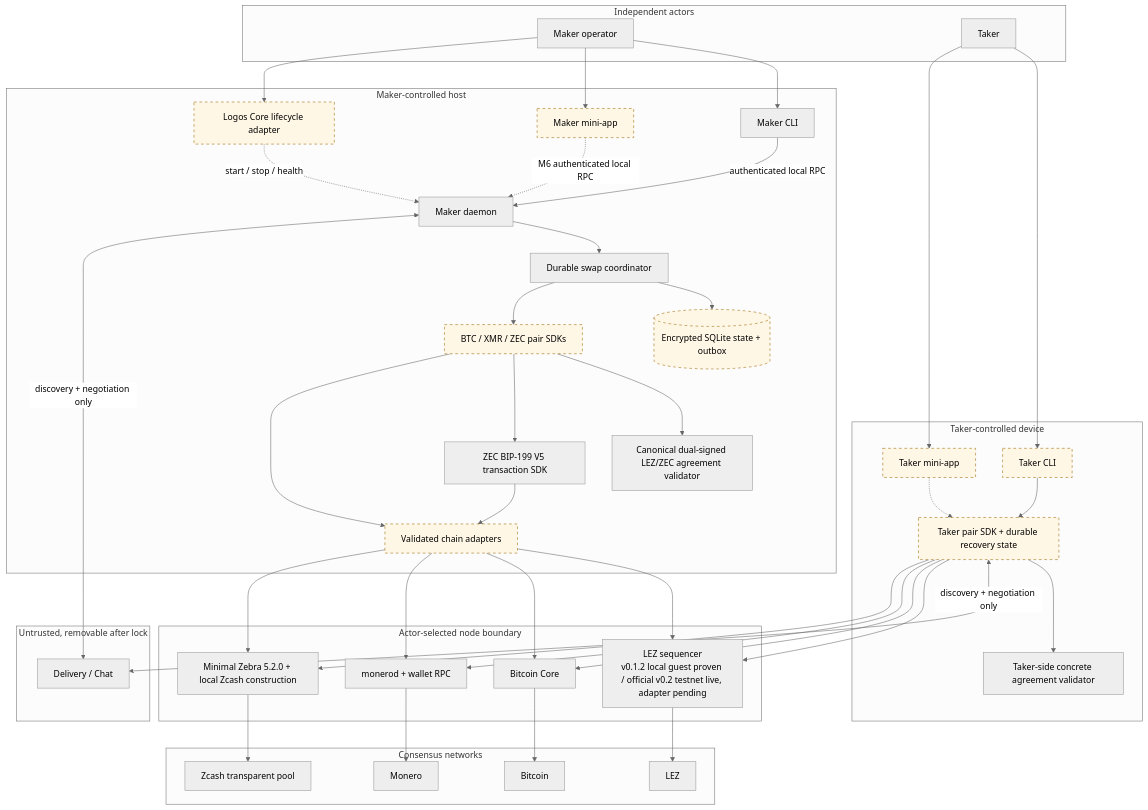
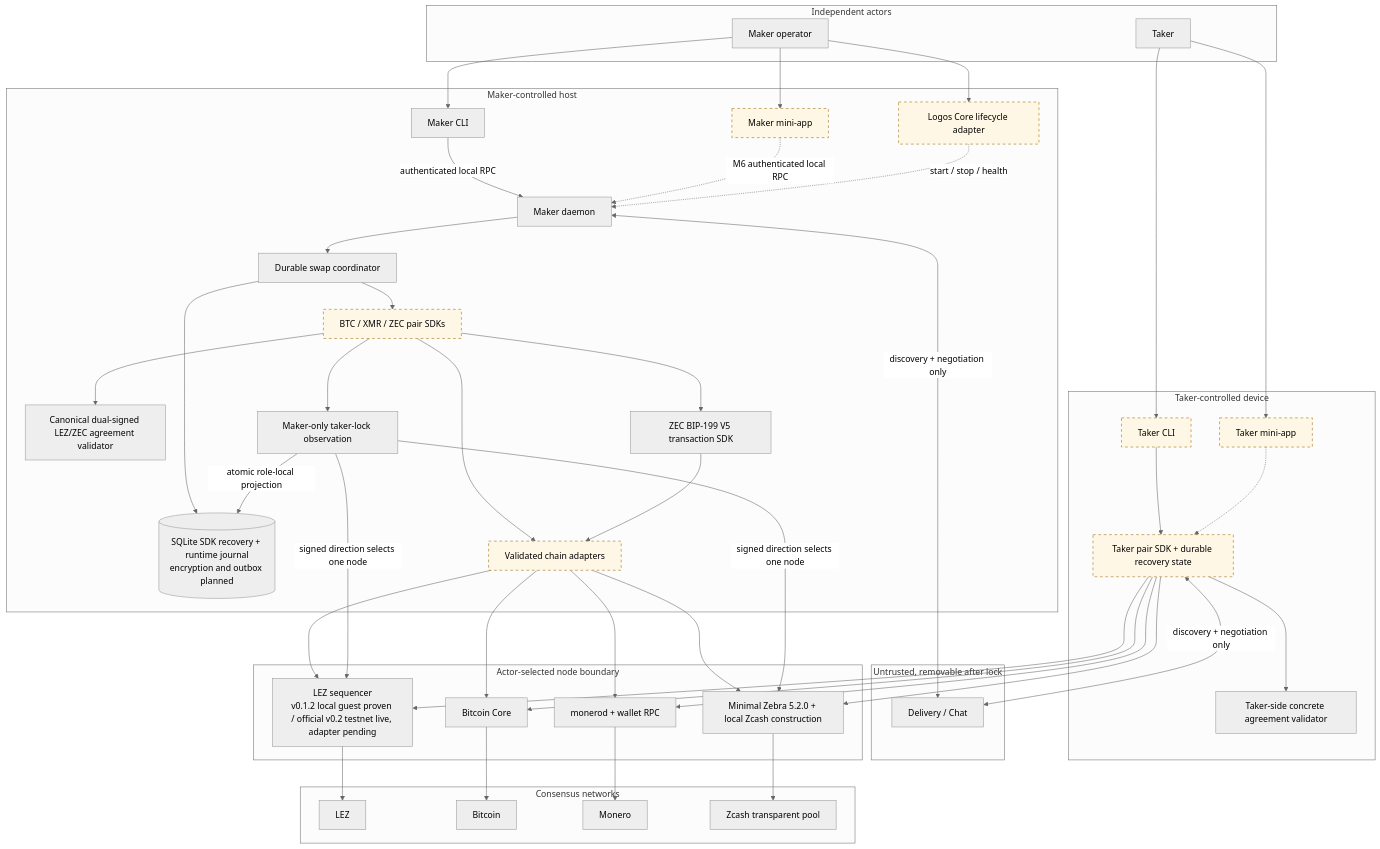
The first of 9 diagrams in docs/architecture/system-architecture.md (gateway-fm/lez-atomic-swaps), drawn with Mermaid (neutral theme) before and after one commit. The commit also changed other lines of this file and 19 other files, not shown here.

Commit message:
feat: persist maker taker-lock observations

````diff
--- a/docs/architecture/system-architecture.md
+++ b/docs/architecture/system-architecture.md
@@ -24,11 +24,12 @@
         LC["Logos Core lifecycle adapter"]
         MD["Maker daemon"]
         CO["Durable swap coordinator"]
-        DB[("Encrypted SQLite state + outbox")]
+        DB[("SQLite SDK recovery + runtime journal<br/>encryption and outbox planned")]
         PS["BTC / XMR / ZEC pair SDKs"]
         ZA["Canonical dual-signed LEZ/ZEC agreement validator"]
         ZTX["ZEC BIP-199 V5 transaction SDK"]
         CA["Validated chain adapters"]
+        MOA["Maker-only taker-lock observation"]
     end
 
     subgraph TakerDevice["Taker-controlled device"]
@@ -68,6 +69,7 @@
     PS --> ZA
     PS --> ZTX
     PS --> CA
+    PS --> MOA
     ZTX --> CA
 
     T --> TC
@@ -82,6 +84,9 @@
     CA --> BTC
     CA --> XMR
     CA --> ZEC
+    MOA -->|"signed direction selects one node"| LEZ
+    MOA -->|"signed direction selects one node"| ZEC
+    MOA -->|"atomic role-local projection"| DB
     TS --> LEZ
     TS --> BTC
     TS --> XMR
@@ -92,5 +97,5 @@
     ZEC --> ZN
 
     classDef planned stroke-dasharray: 5 5,fill:#fff7e6,stroke:#9a6700;
-    class MM,LC,PS,CA,TC,TM,TS,DB planned;
+    class MM,LC,PS,CA,TC,TM,TS planned;
 ```
````
